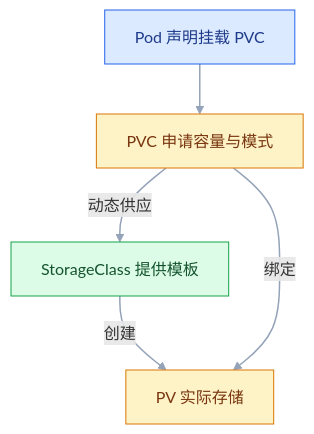
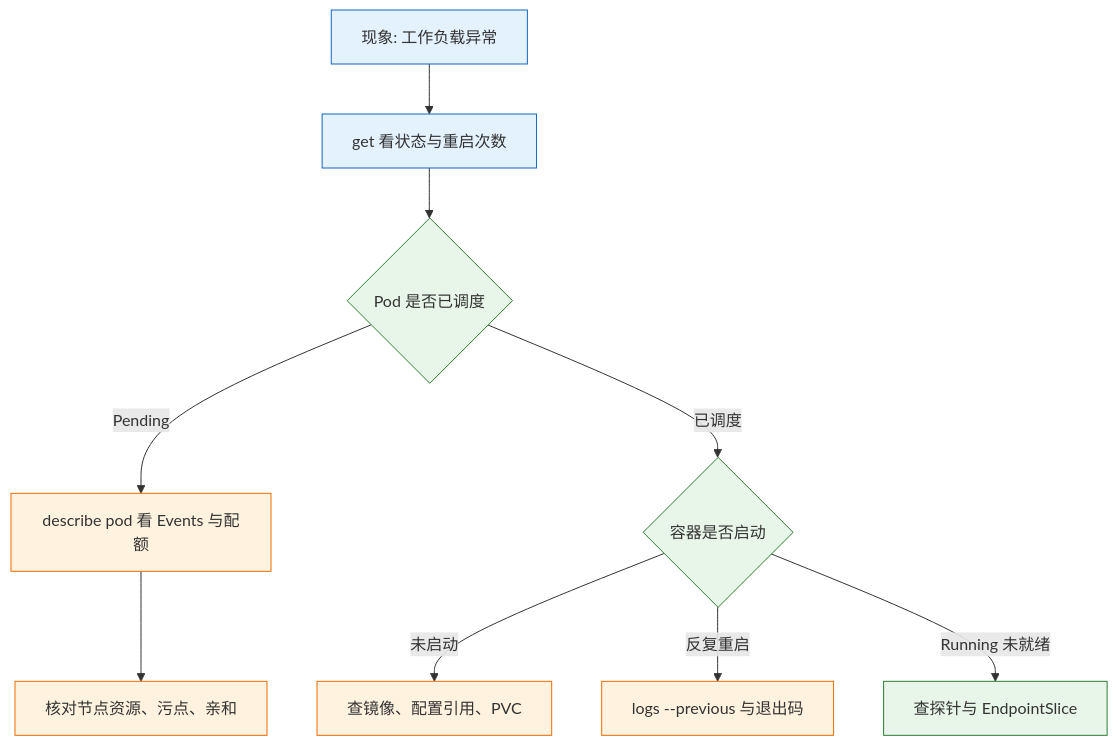
Before and after one commit to jimbosuper/studynotes: the fourth of 4 diagrams in blog/src/notes/07-运维/03-容器与编排/05-Kubernetes资源对象.md, drawn with Mermaid. The commit also changed other lines of this file and 367 other files, not shown here.

````diff
--- a/blog/src/notes/07-运维/03-容器与编排/05-Kubernetes资源对象.md
+++ b/blog/src/notes/07-运维/03-容器与编排/05-Kubernetes资源对象.md
@@ -825,17 +1196,17 @@
 ```mermaid
 flowchart TD
-    classDef client fill:#DBEAFE,stroke:#2563EB,color:#1E3A8A
-    classDef service fill:#DCFCE7,stroke:#16A34A,color:#14532D
-    classDef data fill:#FEF3C7,stroke:#D97706,color:#78350F
-
-    P["Pod 声明挂载 PVC"]:::client
-    C["PVC 申请容量与模式"]:::data
-    S["StorageClass 提供模板"]:::service
-    V["PV 实际存储"]:::data
-
-    P --> C
-    C -->|"动态供应"| S
-    S -->|"创建"| V
-    C -->|"绑定"| V
-    linkStyle default stroke:#94A3B8,stroke-width:1.5px
+    A["现象: 工作负载异常"] --> B["get 看状态与重启次数"]
+    B --> C{"Pod 是否已调度"}
+    C -->|"Pending"| D["describe pod 看 Events 与配额"]
+    C -->|"已调度"| E{"容器是否启动"}
+    E -->|"未启动"| F["查镜像、配置引用、PVC"]
+    E -->|"反复重启"| G["logs --previous 与退出码"]
+    E -->|"Running 未就绪"| H["查探针与 EndpointSlice"]
+    D --> I["核对节点资源、污点、亲和"]
+    classDef client fill:#e3f2fd,stroke:#1565c0;
+    classDef engine fill:#e8f5e9,stroke:#2e7d32;
+    classDef image fill:#fff3e0,stroke:#ef6c00;
+    class A,B client
+    class C,E,H engine
+    class D,F,G,I image
 ```
````
